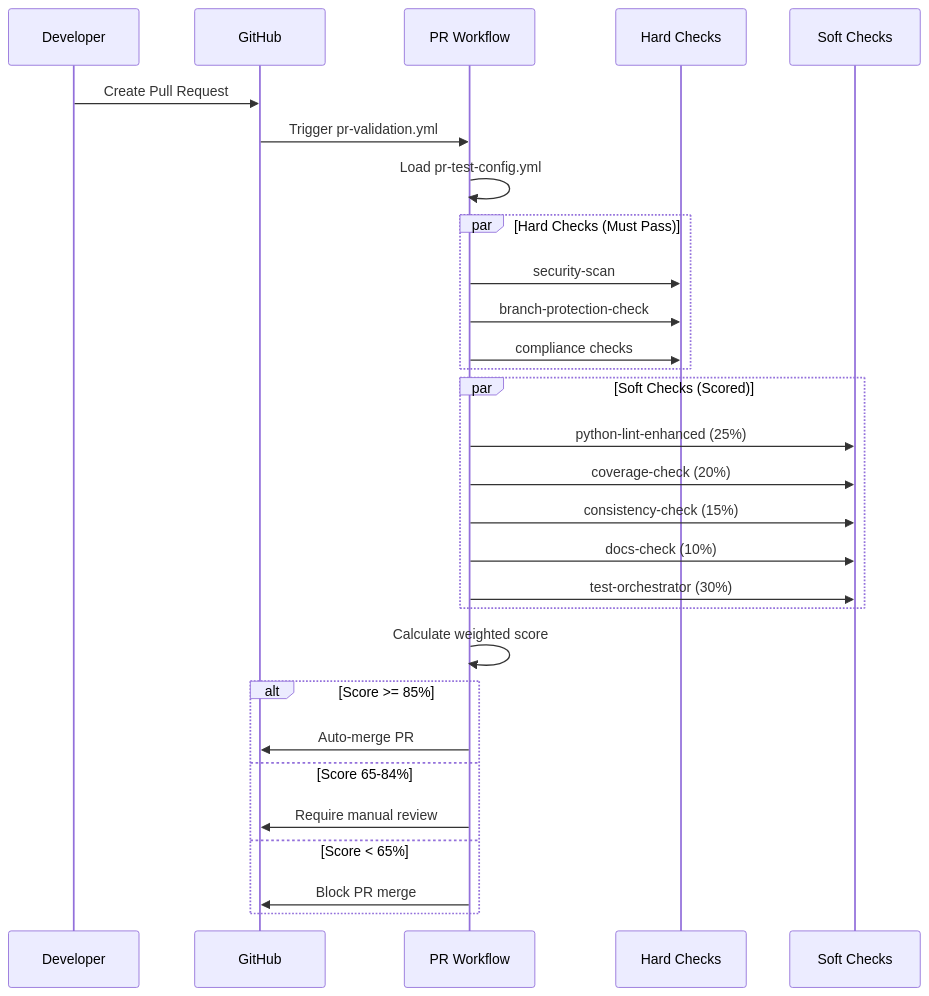
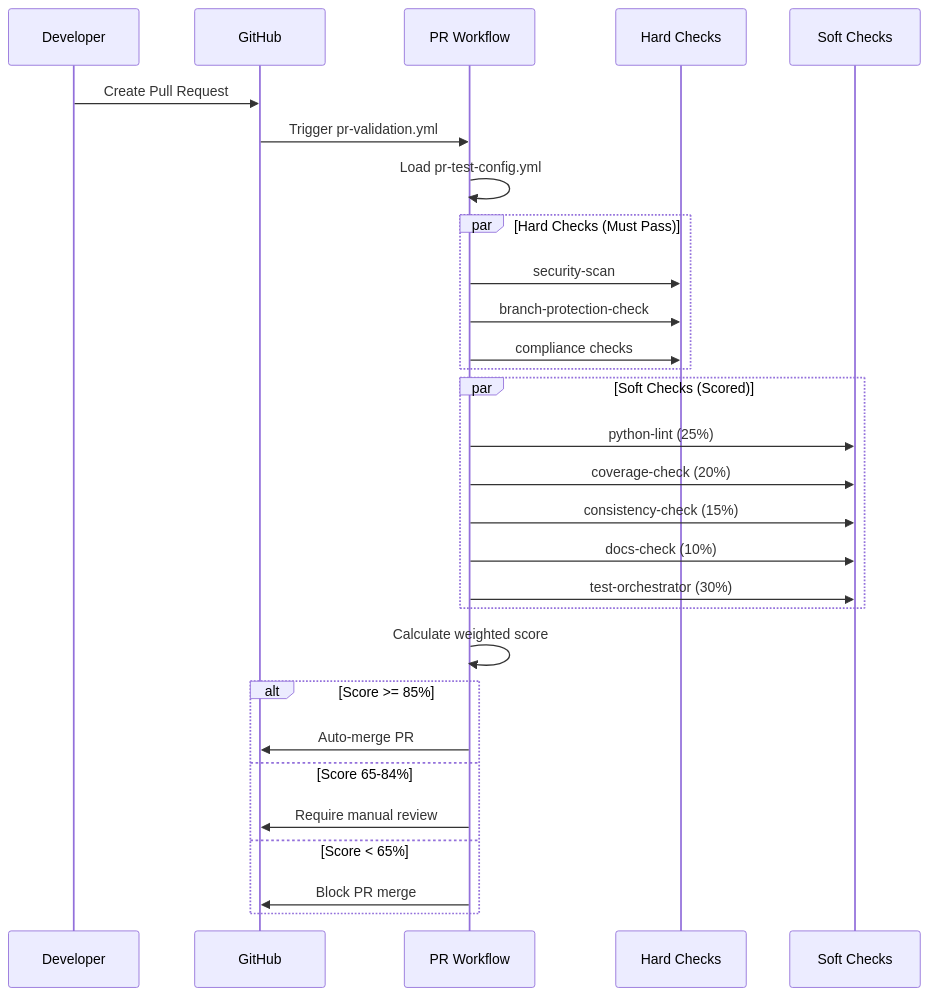
One commit to rkudipud/gha_poc changed the second of 2 diagrams in devops/docs/WORKFLOW.md. Above: the diagram before and after it, drawn with Mermaid. The commit also changed other lines of this file and 39 other files, not shown here.

````diff
--- a/devops/docs/WORKFLOW.md
+++ b/devops/docs/WORKFLOW.md
@@ -112,36 +112,36 @@
 ```mermaid
 sequenceDiagram
     participant D as Developer
     participant G as GitHub
     participant P as PR Workflow
     participant H as Hard Checks
     participant S as Soft Checks
 
     D->>G: Create Pull Request
     G->>P: Trigger pr-validation.yml
     P->>P: Load pr-test-config.yml
     
     par Hard Checks (Must Pass)
         P->>H: security-scan
         P->>H: branch-protection-check
         P->>H: compliance checks
     end
     
     par Soft Checks (Scored)
-        P->>S: python-lint-enhanced (25%)
+        P->>S: python-lint (25%)
         P->>S: coverage-check (20%)
         P->>S: consistency-check (15%)
         P->>S: docs-check (10%)
         P->>S: test-orchestrator (30%)
     end
     
     P->>P: Calculate weighted score
     
     alt Score >= 85%
         P->>G: Auto-merge PR
     else Score 65-84%
         P->>G: Require manual review
     else Score < 65%
         P->>G: Block PR merge
     end
 ```
````
